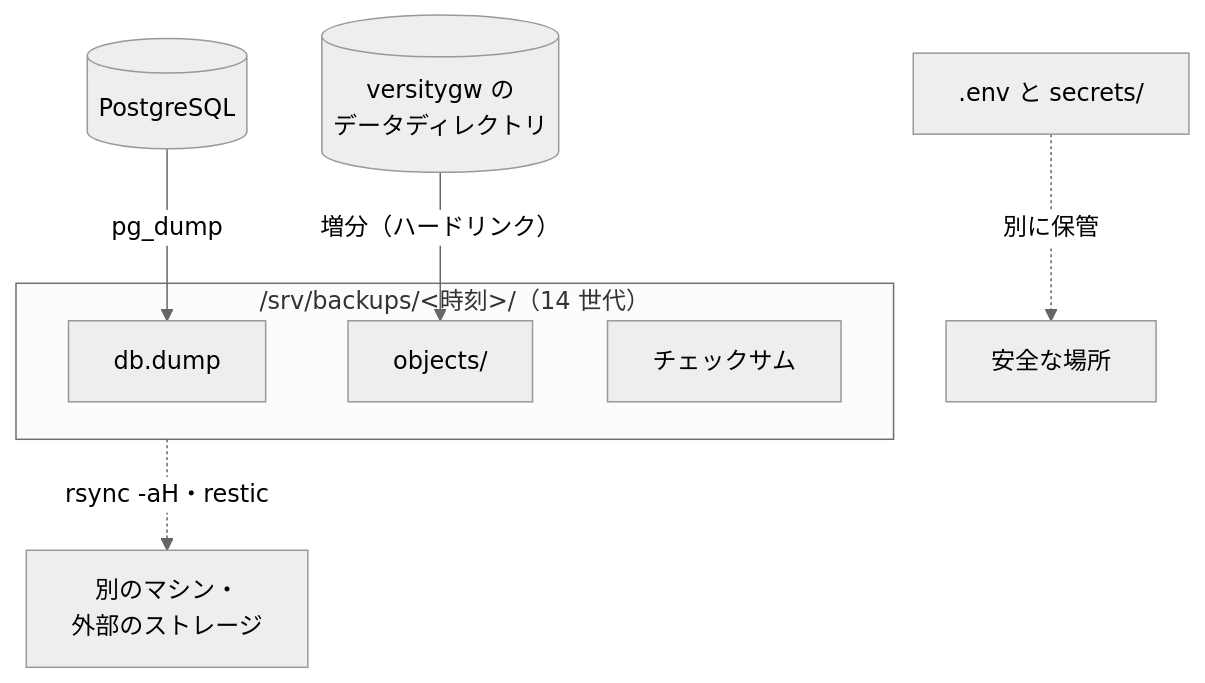
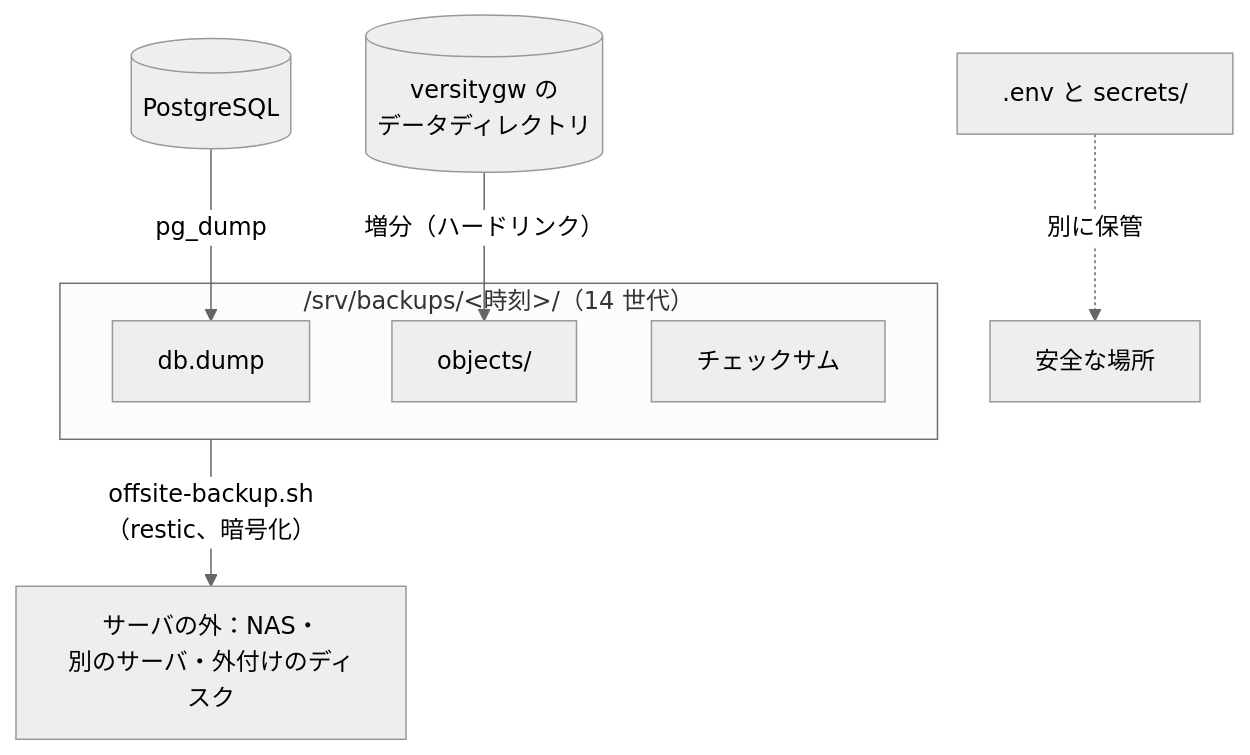
One commit to kanotown/taylis changed the diagram in website/docs/self-hosting/backup.md. Above: the diagram before and after it, drawn with Mermaid (neutral theme). The commit also changed other lines of this file and 7 other files, not shown here.

````diff
--- a/website/docs/self-hosting/backup.md
+++ b/website/docs/self-hosting/backup.md
@@ -11,12 +11,12 @@
 ```mermaid
 flowchart TD
   DB[("PostgreSQL")] -- "pg_dump" --> D["db.dump"]
   OS[("versitygw の<br>データディレクトリ")] -- "増分（ハードリンク）" --> O["objects/"]
   subgraph B["/srv/backups/&lt;時刻&gt;/（14 世代）"]
     D
     O
     S["チェックサム"]
   end
-  B -. "rsync -aH・restic" .-> R["別のマシン・<br>外部のストレージ"]
+  B -- "offsite-backup.sh（restic、暗号化）" --> R["サーバの外：NAS・<br>別のサーバ・外付けのディスク"]
   E[".env と secrets/"] -. "別に保管" .-> X["安全な場所"]
 ```
````
